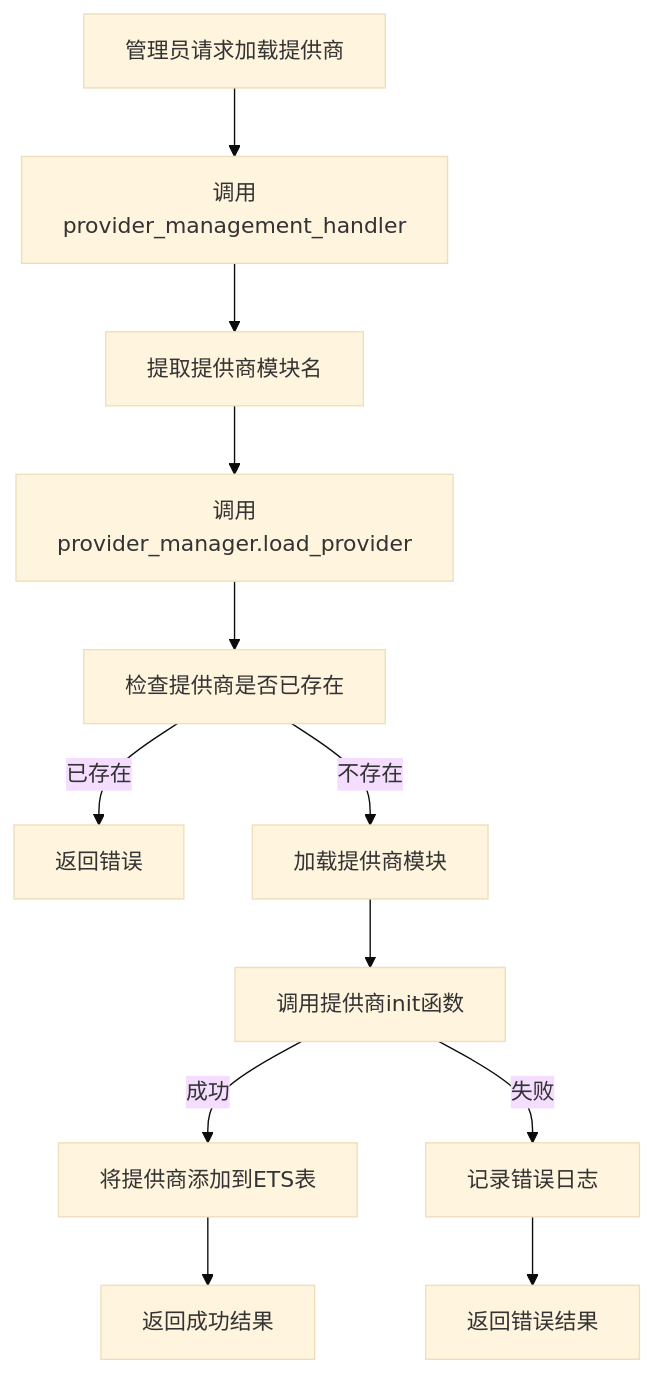
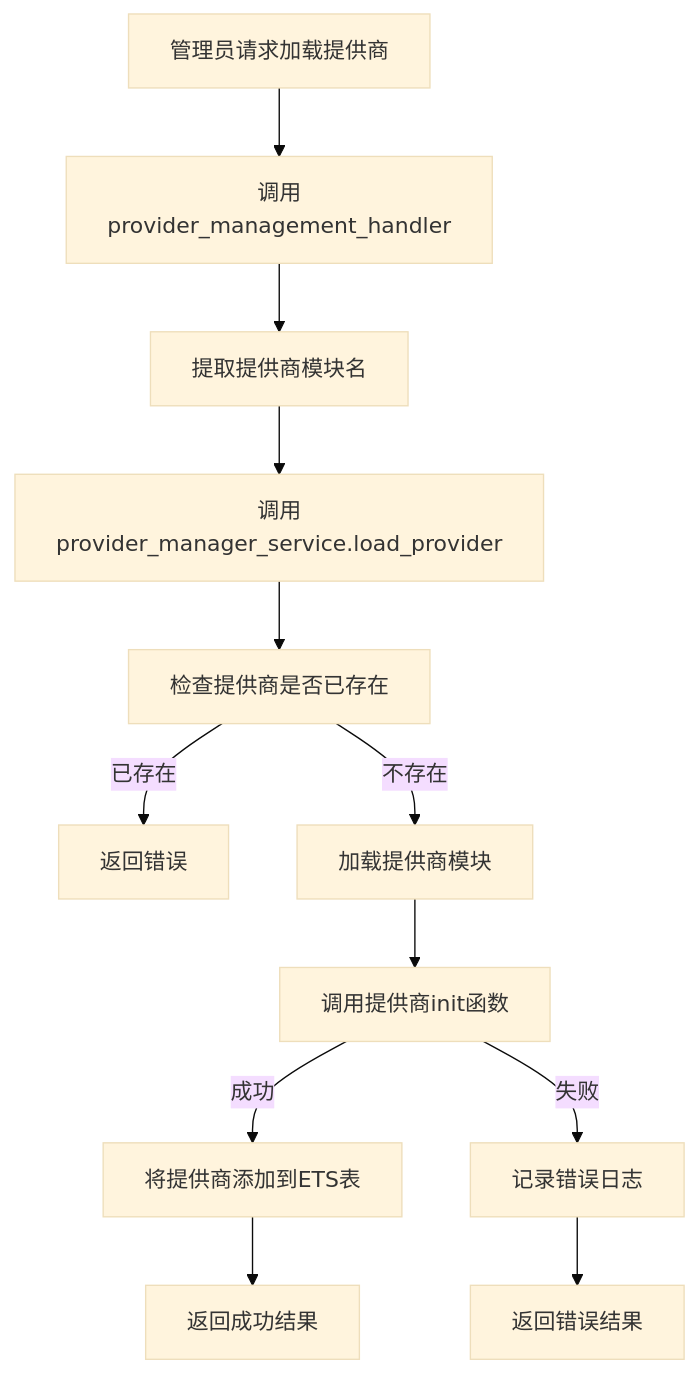
One commit to gch8537445/ExternalTransService_erlang changed the fourth of 6 diagrams in 企业网约车后台服务分析.md. Above: the diagram before and after it, drawn with Mermaid (base theme). The commit also changed other lines of this file and 5 other files, not shown here.

Commit message:
provider_manager ---> provider_manager_service

````diff
--- a/企业网约车后台服务分析.md
+++ b/企业网约车后台服务分析.md
@@ -159,17 +159,17 @@
 ```mermaid
 flowchart TD
     A[管理员请求加载提供商] --> B[调用provider_management_handler]
     B --> C[提取提供商模块名]
-    C --> D[调用provider_manager.load_provider]
+    C --> D[调用provider_manager_service.load_provider]
     D --> E[检查提供商是否已存在]
     
     E -- 已存在 --> F[返回错误]
     E -- 不存在 --> G[加载提供商模块]
     G --> H[调用提供商init函数]
     
     H -- 成功 --> I[将提供商添加到ETS表]
     I --> J[返回成功结果]
     
     H -- 失败 --> K[记录错误日志]
     K --> L[返回错误结果]
 ```
````
